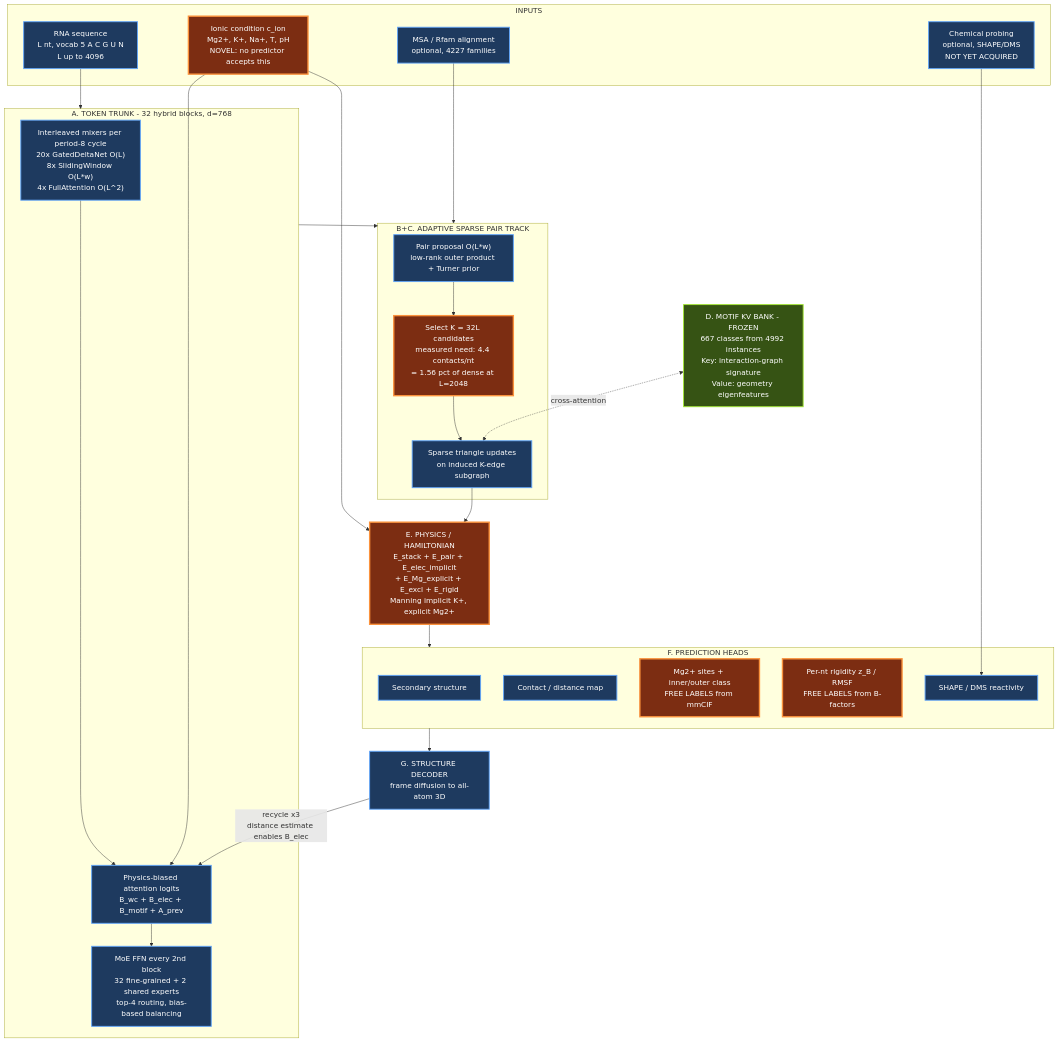
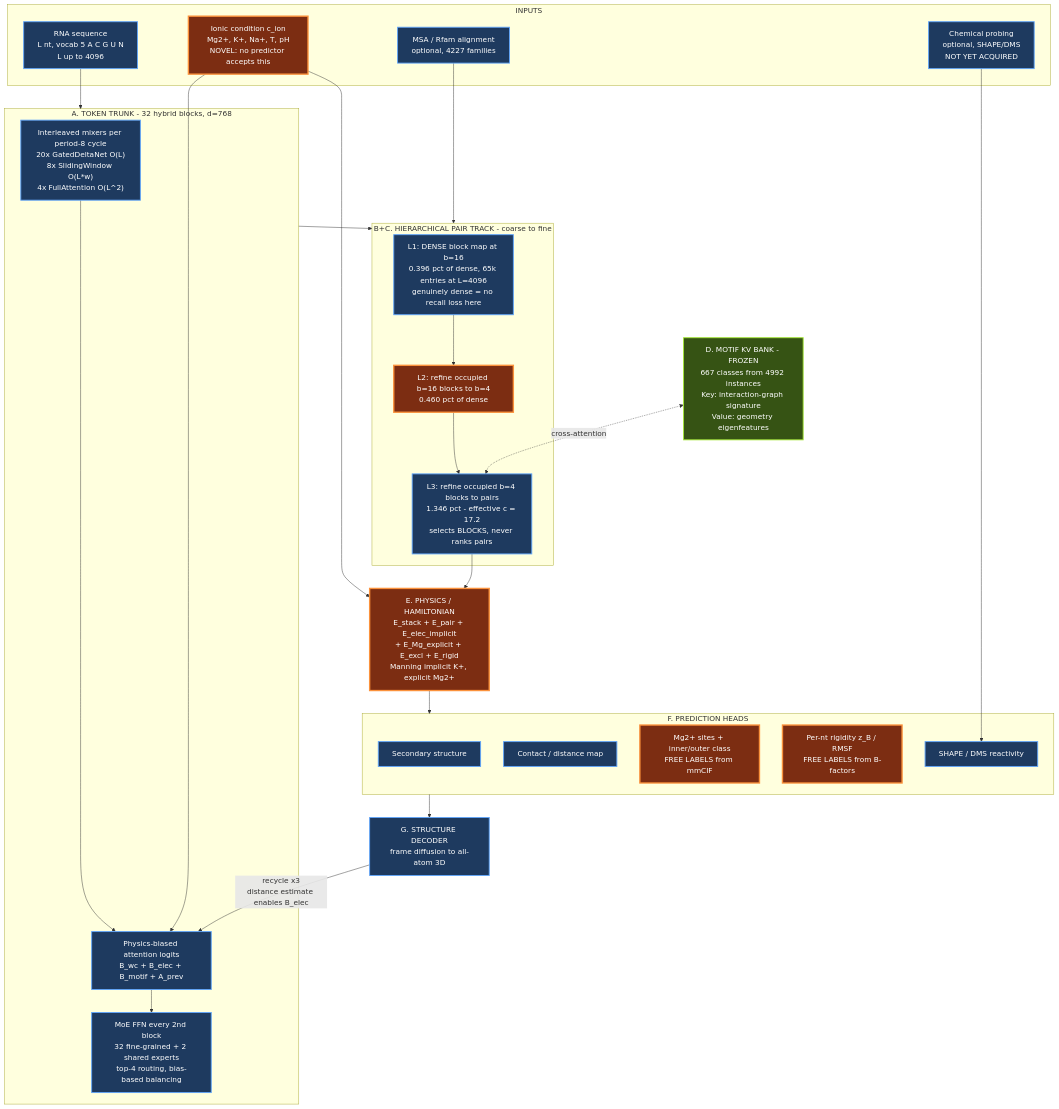
One commit to E-Motioner-X-SBS/sbs-rna changed the diagram in research/architecture/diagrams/01-system-overview.mmd. Above: the diagram before and after it, drawn with Mermaid. The commit also changed 14 other files, not shown here.

```diff
--- a/research/architecture/diagrams/01-system-overview.mmd
+++ b/research/architecture/diagrams/01-system-overview.mmd
@@ -1,54 +1,54 @@
 graph TB
     subgraph INPUTS["INPUTS"]
         SEQ["RNA sequence<br/>L nt, vocab 5 A C G U N<br/>L up to 4096"]
         ION["Ionic condition c_ion<br/>Mg2+, K+, Na+, T, pH<br/>NOVEL: no predictor accepts this"]
         MSA["MSA / Rfam alignment<br/>optional, 4227 families"]
         CHEM["Chemical probing<br/>optional, SHAPE/DMS<br/>NOT YET ACQUIRED"]
     end
 
     subgraph TRUNK["A. TOKEN TRUNK - 32 hybrid blocks, d=768"]
         HYB["Interleaved mixers per period-8 cycle<br/>20x GatedDeltaNet O(L)<br/>8x SlidingWindow O(L*w)<br/>4x FullAttention O(L^2)"]
         BIAS["Physics-biased attention logits<br/>B_wc + B_elec + B_motif + A_prev"]
         MOE["MoE FFN every 2nd block<br/>32 fine-grained + 2 shared experts<br/>top-4 routing, bias-based balancing"]
         HYB --> BIAS --> MOE
     end
 
-    subgraph PAIR["B+C. ADAPTIVE SPARSE PAIR TRACK"]
-        PROP["Pair proposal O(L*w)<br/>low-rank outer product + Turner prior"]
-        SEL["Select K = 32L candidates<br/>measured need: 4.4 contacts/nt<br/>= 1.56 pct of dense at L=2048"]
-        TRI["Sparse triangle updates<br/>on induced K-edge subgraph"]
+    subgraph PAIR["B+C. HIERARCHICAL PAIR TRACK - coarse to fine"]
+        PROP["L1: DENSE block map at b=16<br/>0.396 pct of dense, 65k entries at L=4096<br/>genuinely dense = no recall loss here"]
+        SEL["L2: refine occupied b=16 blocks to b=4<br/>0.460 pct of dense"]
+        TRI["L3: refine occupied b=4 blocks to pairs<br/>1.346 pct - effective c = 17.2<br/>selects BLOCKS, never ranks pairs"]
         PROP --> SEL --> TRI
     end
 
     MOTIF["D. MOTIF KV BANK - FROZEN<br/>667 classes from 4992 instances<br/>Key: interaction-graph signature<br/>Value: geometry eigenfeatures"]
 
     PHYS["E. PHYSICS / HAMILTONIAN<br/>E_stack + E_pair + E_elec_implicit<br/>+ E_Mg_explicit + E_excl + E_rigid<br/>Manning implicit K+, explicit Mg2+"]
 
     subgraph HEADS["F. PREDICTION HEADS"]
         H2D["Secondary structure"]
         HC["Contact / distance map"]
         HMG["Mg2+ sites + inner/outer class<br/>FREE LABELS from mmCIF"]
         HR["Per-nt rigidity z_B / RMSF<br/>FREE LABELS from B-factors"]
         HRX["SHAPE / DMS reactivity"]
     end
 
     DEC["G. STRUCTURE DECODER<br/>frame diffusion to all-atom 3D"]
 
     SEQ --> TRUNK
     ION --> BIAS
     ION --> PHYS
     MSA --> PAIR
     CHEM --> HRX
     TRUNK --> PAIR
     MOTIF <-.->|cross-attention| TRI
     TRI --> PHYS
     PHYS --> HEADS
     HEADS --> DEC
     DEC -->|"recycle x3<br/>distance estimate enables B_elec"| BIAS
 
     classDef novel fill:#7c2d12,stroke:#fb923c,stroke-width:3px,color:#fff
     classDef std fill:#1e3a5f,stroke:#60a5fa,stroke-width:2px,color:#fff
     classDef frozen fill:#365314,stroke:#a3e635,stroke-width:2px,color:#fff
     class ION,PHYS,HMG,HR,SEL novel
     class SEQ,MSA,HYB,MOE,TRI,H2D,HC,DEC,PROP,BIAS,HRX,CHEM std
     class MOTIF frozen
```
